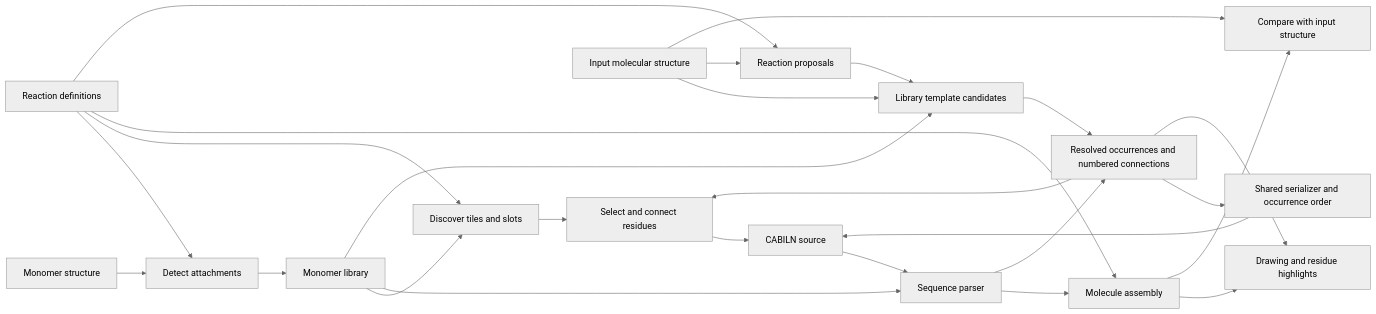
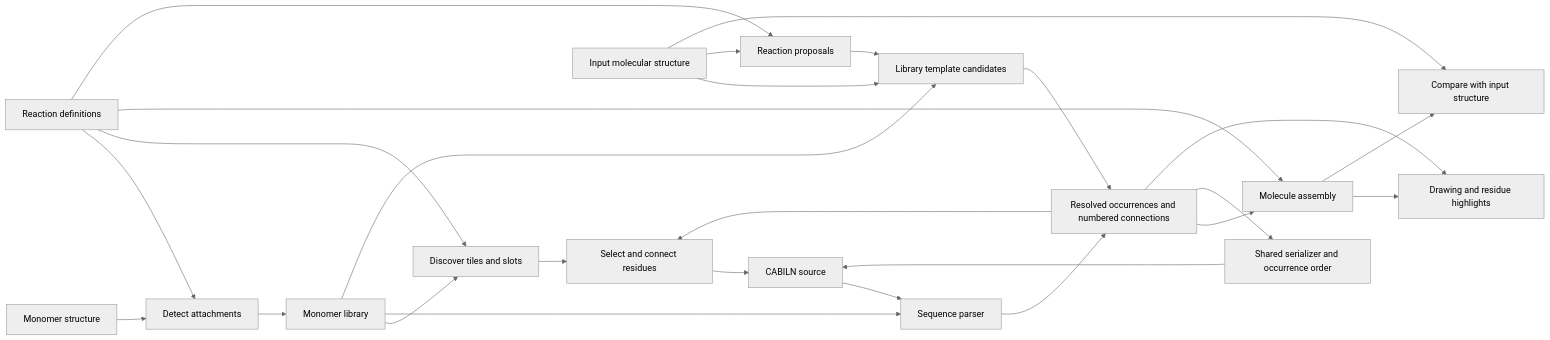
One commit to anagnorisis2peripeteia/cabiln changed the diagram in docs/architecture.md. Above: the diagram before and after it, drawn with Mermaid (neutral theme). The commit also changed other lines of this file and 86 other files, not shown here.

````diff
--- a/docs/architecture.md
+++ b/docs/architecture.md
@@ -10,28 +10,28 @@
 ```mermaid
 flowchart LR
   S[Monomer structure] --> A[Detect attachments]
   A --> L[Monomer library]
   L --> T[Discover tiles and slots]
   T --> E[Select and connect residues]
   E --> N[CABILN source]
   N --> Q[Sequence parser]
   L --> Q
-  Q --> M[Molecule assembly]
   Q --> P[Resolved occurrences and numbered connections]
+  P --> M[Molecule assembly]
   P --> E
   P --> S2[Shared serializer and occurrence order]
   S2 --> N
   R[Reaction definitions] --> A
   R --> T
   R --> M
   M --> D[Drawing and residue highlights]
   I[Input molecular structure] --> C[Library template candidates]
   L --> C
   R --> V[Reaction proposals]
   I --> V
   V --> C
   C --> P
   P --> D
   M --> F[Compare with input structure]
   I --> F
 ```
````
